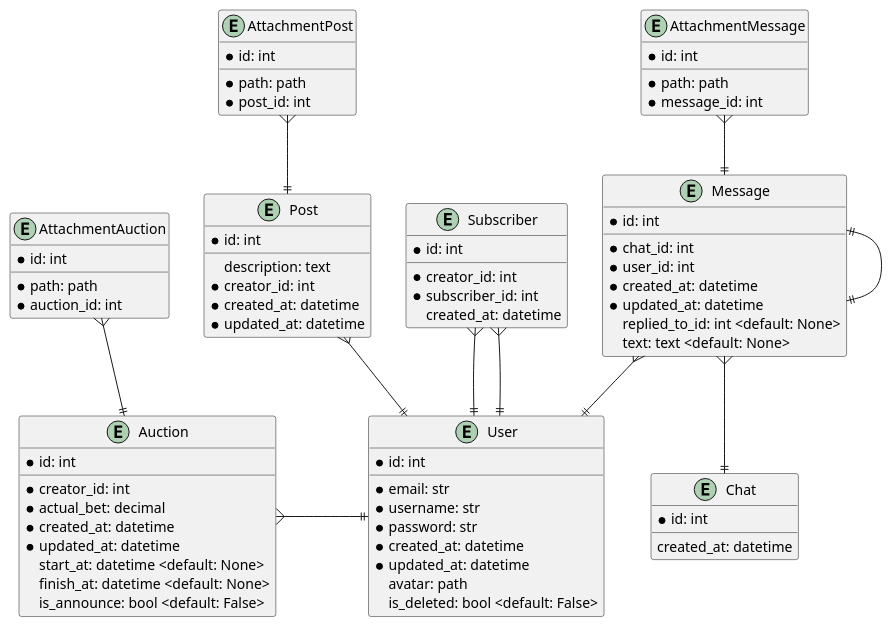
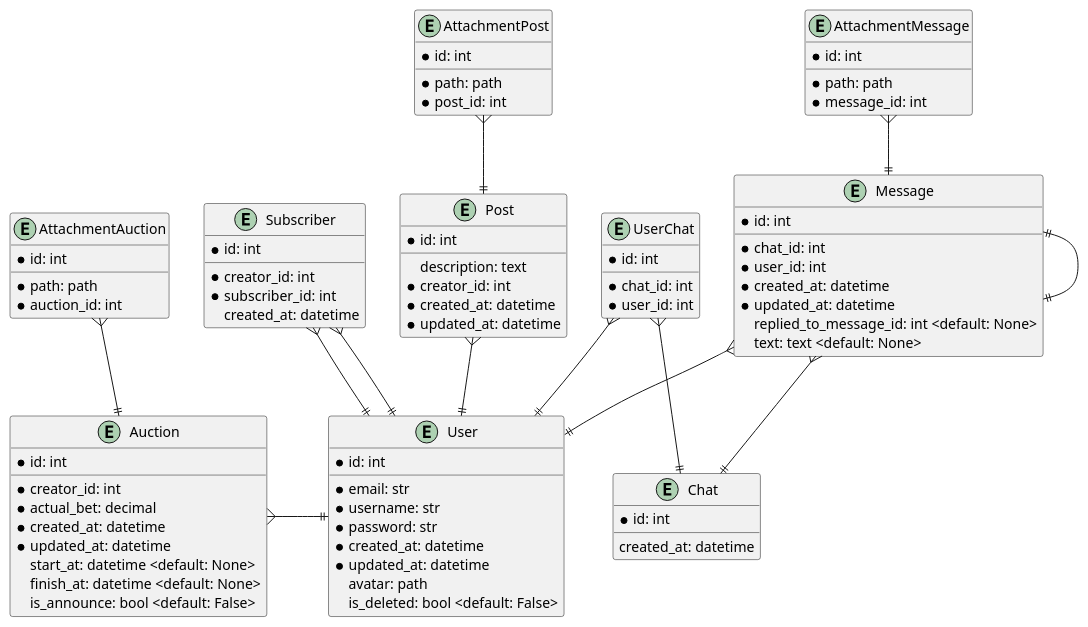
The diagram in docs/er_diagrams/er_diagram_v1.puml (Timur-Gizatullin/WeDraw), drawn with PlantUML before and after one commit. The commit also changed 11 other files, not shown here.

```diff
--- a/docs/er_diagrams/er_diagram_v1.puml
+++ b/docs/er_diagrams/er_diagram_v1.puml
@@ -1,95 +1,105 @@
 @startuml
 entity User{
 *id: int
 __
 *email: str
 *username: str
 *password: str
 *created_at: datetime
 *updated_at: datetime
 avatar: path
 is_deleted: bool <default: False>
 }
 
 entity Post{
 *id: int
 __
 description: text
 *creator_id: int
 *created_at: datetime
 *updated_at: datetime
 }
 
 entity Chat{
 *id: int
 __
 created_at: datetime
 }
 
 entity Message{
 *id: int
 __
 *chat_id: int
 *user_id: int
 *created_at: datetime
 *updated_at: datetime
-replied_to_id: int <default: None>
+replied_to_message_id: int <default: None>
 text: text <default: None>
 }
 
 entity AttachmentPost{
 *id: int
 __
 *path: path
 *post_id: int
 }
 
 entity AttachmentMessage{
 *id: int
 __
 *path: path
 *message_id: int
 }
 
 entity AttachmentAuction{
 *id: int
 __
 *path: path
 *auction_id: int
 }
 
 entity Subscriber{
 *id: int
 __
 *creator_id: int
 *subscriber_id: int
 created_at: datetime
 }
 
 entity Auction{
 *id: int
 __
 *creator_id: int
 *actual_bet: decimal
 *created_at: datetime
 *updated_at: datetime
 start_at: datetime <default: None>
 finish_at: datetime <default: None>
 is_announce: bool <default: False>
 }
 
+entity UserChat{
+*id: int
+__
+*chat_id: int
+*user_id: int
+}
+
 Subscriber }--|| User
 Subscriber }--|| User
 
 Post }--|| User
 
 Auction }-|| User
+
+UserChat }--|| User
+UserChat }--|| Chat
 
 Message }--|| User
 Message }--|| Chat
 Message ||--|| Message
 
 AttachmentMessage }--|| Message
 AttachmentPost }--|| Post
 AttachmentAuction }--|| Auction
 @enduml
```
